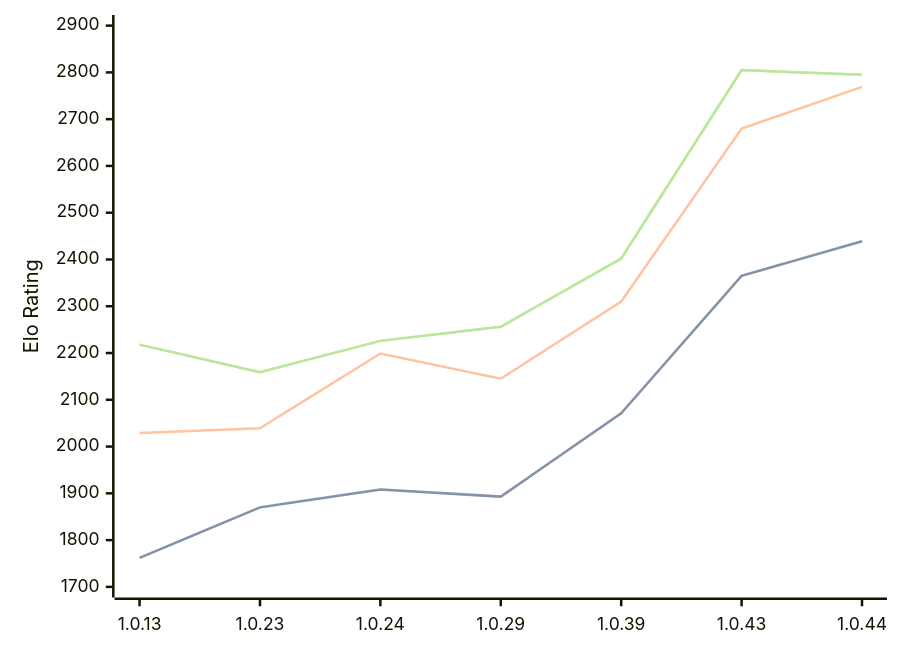
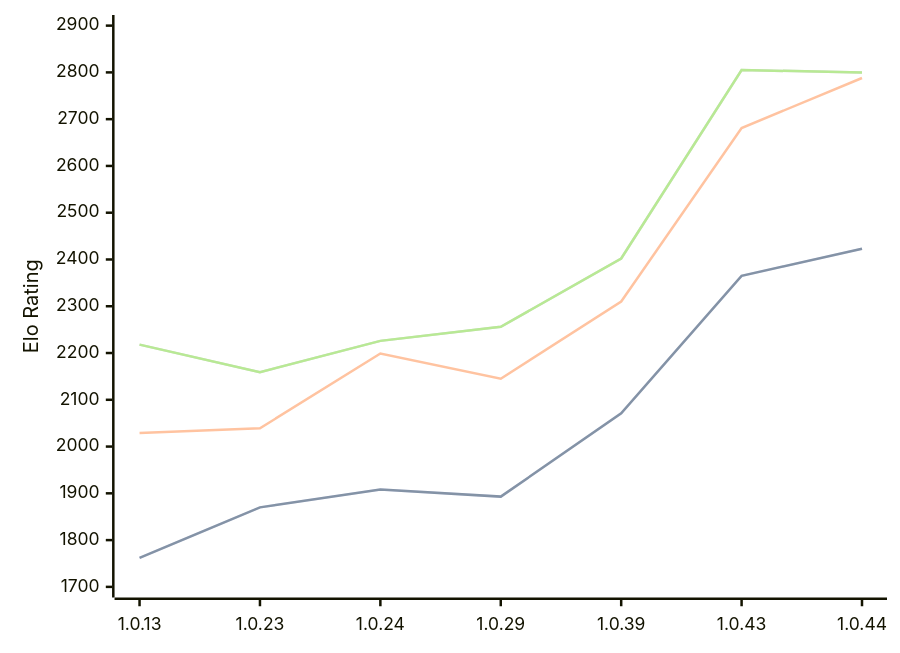
Before and after one commit to computer-chess-index/cci: the diagram in engines/RustyRival.md, drawn with Mermaid. The commit also changed other lines of this file, not shown here.

Commit message:
Update CCI Ratings (ELO VLTC) - 2026-07-22

````diff
--- a/engines/RustyRival.md
+++ b/engines/RustyRival.md
@@ -70,11 +70,11 @@
 ```mermaid
 %%{init: {"theme":"base","themeVariables":{"seriesColors:['#a3a3a3','#222221','#faa371']}}}%%
 xychart-beta
   x-axis ["1.0.13", "1.0.23", "1.0.24", "1.0.29", "1.0.39", "1.0.43", "1.0.44"]
   y-axis "Elo Rating" 1700 --> 2900
-  line "STC (8.0+0.08s)" [1762, 1870, 1908, 1893, 2071, 2365, 2439]
-  line "STC (8.0+0.08s)" [1762, 1870, 1908, 1893, 2071, 2365, 2439]
-  line "LTC (60.0+0.60s)" [2029, 2039, 2199, 2145, 2310, 2680, 2769]
-  line "VLTC (2m24s+1.12s)" [2218, 2159, 2226, 2256, 2402, 2805, 2795]
-  line "VLTC (2m24s+1.12s)" [2218, 2159, 2226, 2256, 2402, 2805, 2795]
+  line "STC (8.0+0.08s)" [1762, 1870, 1908, 1893, 2071, 2365, 2423]
+  line "STC (8.0+0.08s)" [1762, 1870, 1908, 1893, 2071, 2365, 2423]
+  line "LTC (60.0+0.60s)" [2029, 2039, 2199, 2145, 2310, 2681, 2788]
+  line "VLTC (2m24s+1.12s)" [2218, 2159, 2226, 2256, 2402, 2805, 2800]
+  line "VLTC (2m24s+1.12s)" [2218, 2159, 2226, 2256, 2402, 2805, 2800]
 ```
````
